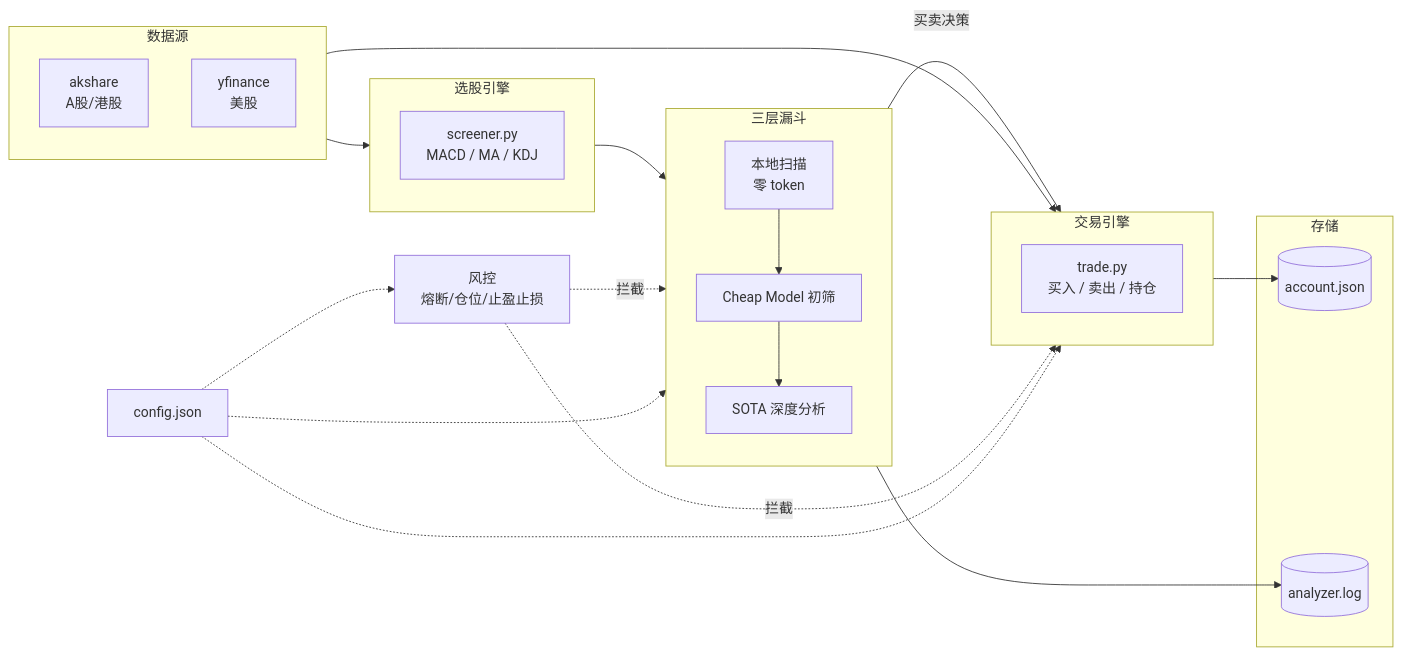
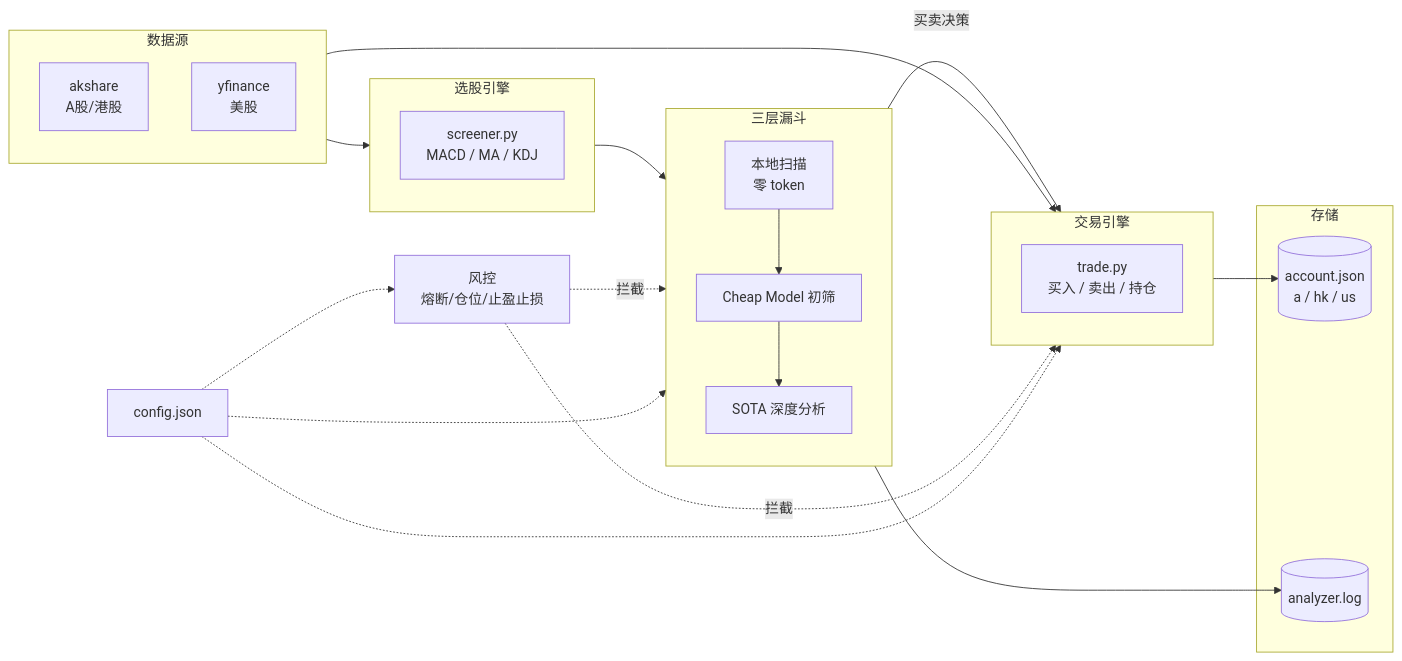
One commit to qsh77/stock-trader changed the diagram in README.md. Above: the diagram before and after it, drawn with Mermaid. The commit also changed other lines of this file and 3 other files, not shown here.

````diff
--- a/README.md
+++ b/README.md
@@ -19,37 +19,37 @@
 ```mermaid
 flowchart LR
     subgraph 数据源
         AK[akshare<br/>A股/港股]
         YF[yfinance<br/>美股]
     end
 
     subgraph 选股引擎
         SC[screener.py<br/>MACD / MA / KDJ]
     end
 
     subgraph 三层漏斗
         direction TB
         L1[本地扫描<br/>零 token]
         L2[Cheap Model 初筛]
         L3[SOTA 深度分析]
         L1 --> L2 --> L3
     end
 
     subgraph 交易引擎
         TR[trade.py<br/>买入 / 卖出 / 持仓]
     end
 
     subgraph 存储
-        DB[(account.json)]
+        DB[(account.json<br/>a / hk / us)]
         LG[(analyzer.log)]
     end
 
     数据源 --> 选股引擎 --> 三层漏斗
     三层漏斗 -->|买卖决策| 交易引擎
     交易引擎 --> DB
     三层漏斗 --> LG
     数据源 --> 交易引擎
 
     RISK[风控<br/>熔断/仓位/止盈止损] -.->|拦截| 三层漏斗 & 交易引擎
     CFG[config.json] -.-> 三层漏斗 & 交易引擎 & RISK
 ```
````
